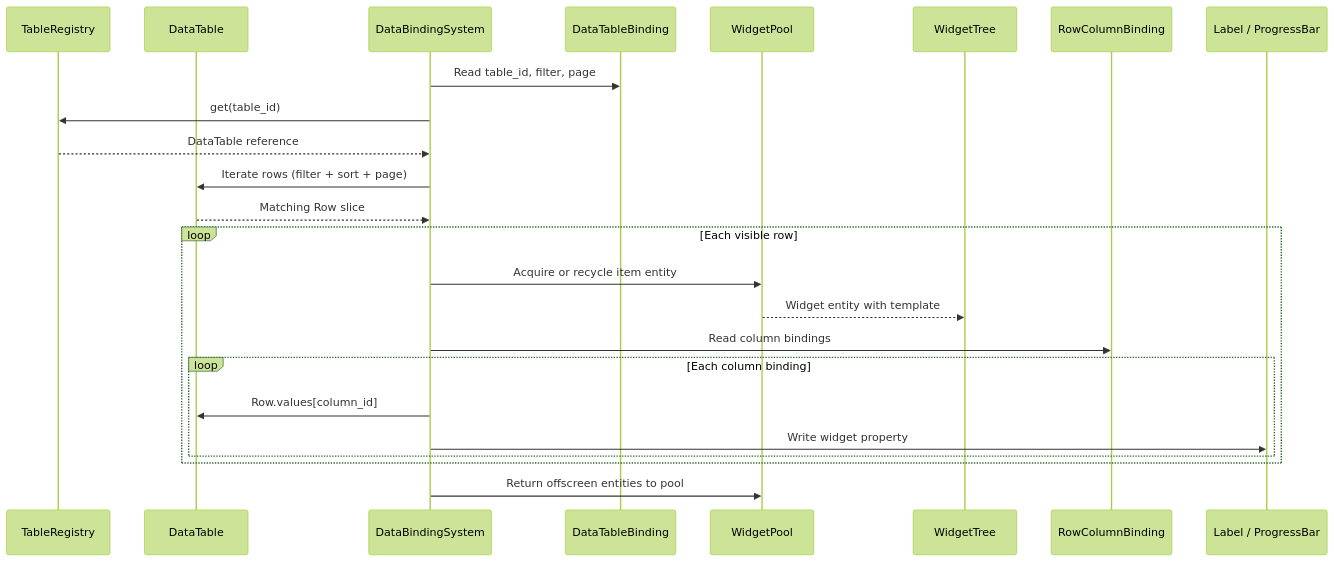
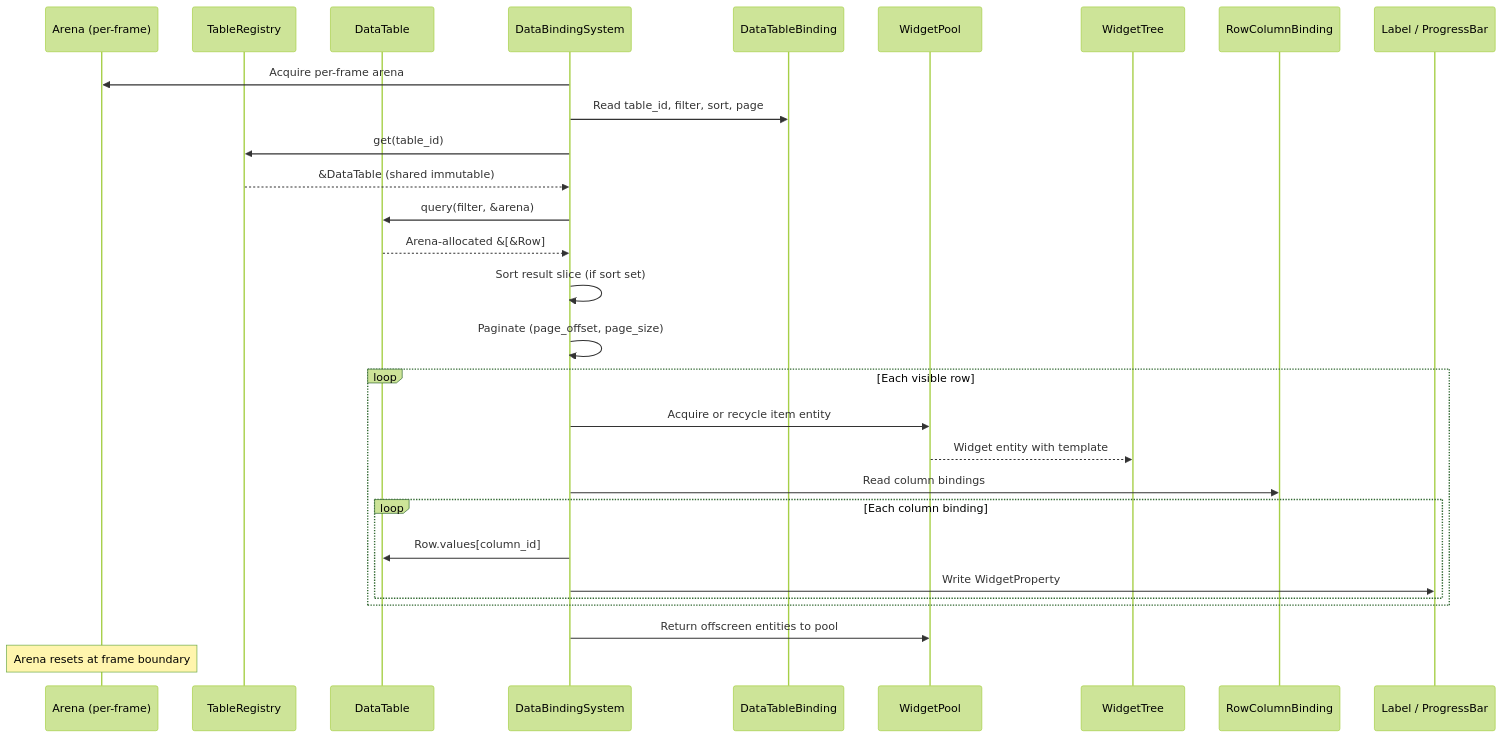
One commit to harmonius-dev/harmonius changed the first of 3 diagrams in docs/design/integration/data-tables-ui.md. Above: the diagram before and after it, drawn with Mermaid (forest theme). The commit also changed other lines of this file and 57 other files, not shown here.

````diff
--- a/docs/design/integration/data-tables-ui.md
+++ b/docs/design/integration/data-tables-ui.md
@@ -115,29 +133,34 @@
 ```mermaid
 sequenceDiagram
+    participant AR as Arena (per-frame)
     participant TR as TableRegistry
     participant DT as DataTable
     participant DBS as DataBindingSystem
     participant DTB as DataTableBinding
     participant WP as WidgetPool
     participant WT as WidgetTree
     participant RCB as RowColumnBinding
     participant LBL as Label / ProgressBar
 
-    DBS->>DTB: Read table_id, filter, page
+    DBS->>AR: Acquire per-frame arena
+    DBS->>DTB: Read table_id, filter, sort, page
     DBS->>TR: get(table_id)
-    TR-->>DBS: DataTable reference
-    DBS->>DT: Iterate rows (filter + sort + page)
-    DT-->>DBS: Matching Row slice
+    TR-->>DBS: &DataTable (shared immutable)
+    DBS->>DT: query(filter, &arena)
+    DT-->>DBS: Arena-allocated &[&Row]
+    DBS->>DBS: Sort result slice (if sort set)
+    DBS->>DBS: Paginate (page_offset, page_size)
 
     loop Each visible row
         DBS->>WP: Acquire or recycle item entity
         WP-->>WT: Widget entity with template
         DBS->>RCB: Read column bindings
         loop Each column binding
             DBS->>DT: Row.values[column_id]
-            DBS->>LBL: Write widget property
+            DBS->>LBL: Write WidgetProperty
         end
     end
 
     DBS->>WP: Return offscreen entities to pool
+    Note over AR: Arena resets at frame boundary
 ```
````
